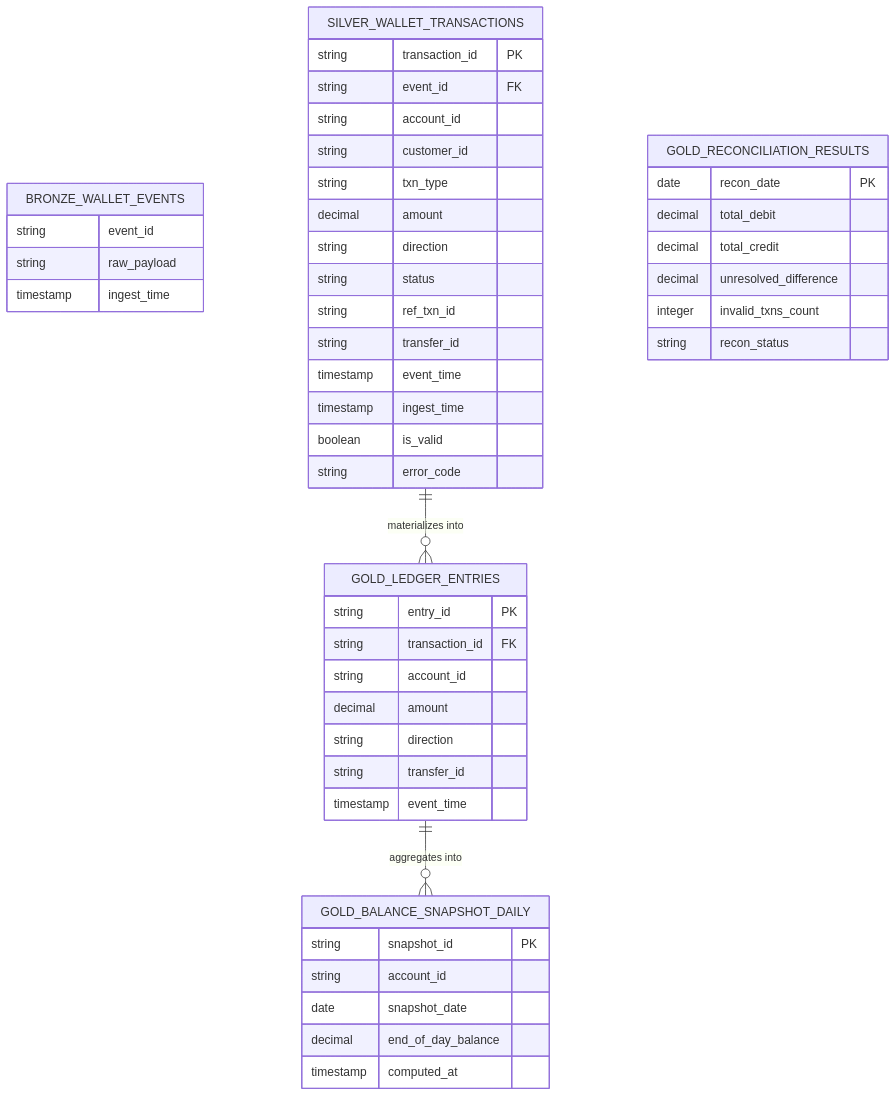
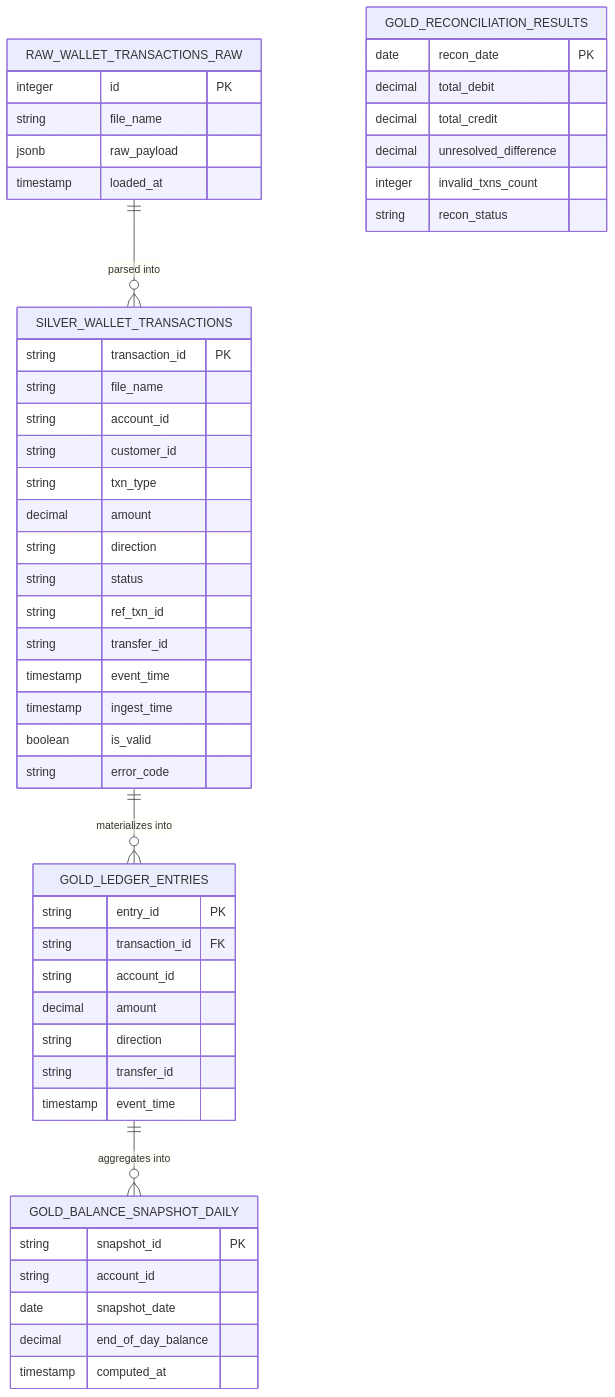
One commit to Litaaya/DataPlatform_DigitalWallet changed the diagram in docs/data_model.md. Above: the diagram before and after it, drawn with Mermaid. The commit also changed other lines of this file, not shown here.

````diff
--- a/docs/data_model.md
+++ b/docs/data_model.md
@@ -23,55 +24,57 @@
 ```mermaid
 erDiagram
-    BRONZE_WALLET_EVENTS {
-        string event_id
-        string raw_payload
-        timestamp ingest_time
+    RAW_WALLET_TRANSACTIONS_RAW {
+        integer id PK
+        string file_name
+        jsonb raw_payload
+        timestamp loaded_at
     }
 
     SILVER_WALLET_TRANSACTIONS {
         string transaction_id PK
-        string event_id FK
+        string file_name
         string account_id
         string customer_id
         string txn_type
         decimal amount
         string direction
         string status
         string ref_txn_id
         string transfer_id
         timestamp event_time
         timestamp ingest_time
         boolean is_valid
         string error_code
     }
 
     GOLD_LEDGER_ENTRIES {
         string entry_id PK
         string transaction_id FK
         string account_id
         decimal amount
         string direction
         string transfer_id
         timestamp event_time
     }
 
     GOLD_BALANCE_SNAPSHOT_DAILY {
         string snapshot_id PK
         string account_id
         date snapshot_date
         decimal end_of_day_balance
         timestamp computed_at
     }
 
     GOLD_RECONCILIATION_RESULTS {
         date recon_date PK
         decimal total_debit
         decimal total_credit
         decimal unresolved_difference
         integer invalid_txns_count
         string recon_status
     }
 
+    RAW_WALLET_TRANSACTIONS_RAW ||--o{ SILVER_WALLET_TRANSACTIONS : "parsed into"
     SILVER_WALLET_TRANSACTIONS ||--o{ GOLD_LEDGER_ENTRIES : "materializes into"
     GOLD_LEDGER_ENTRIES ||--o{ GOLD_BALANCE_SNAPSHOT_DAILY : "aggregates into"
 ```
````
